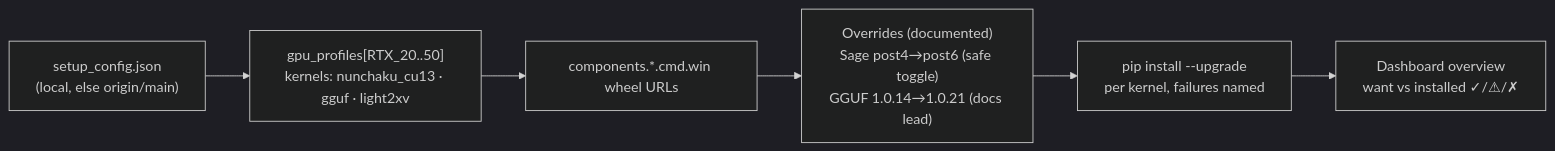
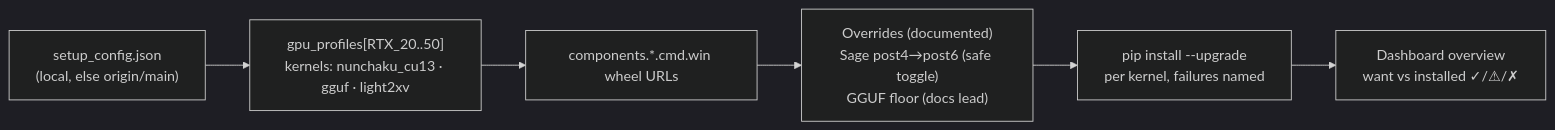
One commit to GKartist75/Wan2GP-Desktop-Tauri changed the fourth of 5 diagrams in docs/OVERVIEW.md. Above: the diagram before and after it, drawn with Mermaid (dark theme). The commit also changed other lines of this file and 29 other files, not shown here.

````diff
--- a/docs/OVERVIEW.md
+++ b/docs/OVERVIEW.md
@@ -106,8 +106,8 @@
 ```mermaid
 flowchart LR
     CFG["setup_config.json\n(local, else origin/main)"] --> PROF["gpu_profiles[RTX_20..50]\nkernels: nunchaku_cu13 · gguf · light2xv"]
     PROF --> URLS["components.*.cmd.win wheel URLs"]
-    URLS --> SWAP["Overrides (documented)\nSage post4→post6 (safe toggle)\nGGUF 1.0.14→1.0.21 (docs lead)"]
+    URLS --> SWAP["Overrides (documented)\nSage post4→post6 (safe toggle)\nGGUF floor (docs lead)"]
     SWAP --> PIP["pip install --upgrade\nper kernel, failures named"]
 PIP --> OVERVIEW["Dashboard overview\nwant vs installed ✓/⚠/✗"]
 ```
````
